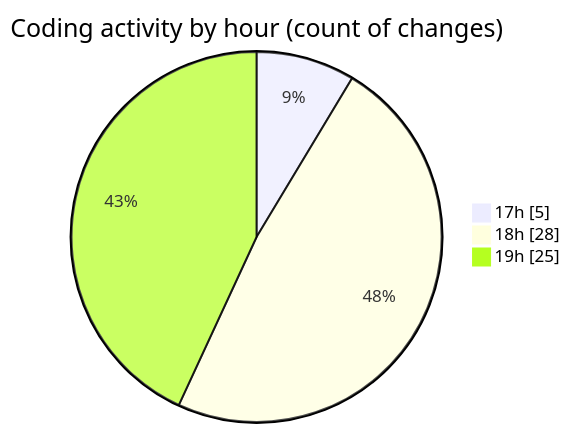
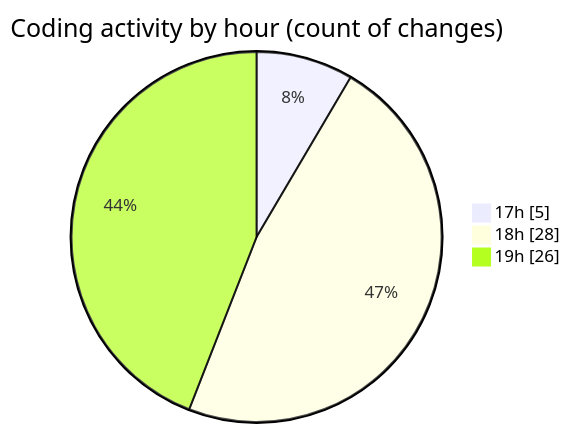
The second of 2 diagrams in 2025-01-01/uber_clone/README.md (donsfak/code-tracking), drawn with Mermaid before and after one commit. The commit also changed other lines of this file and 1 other file, not shown here.

````diff
--- a/2025-01-01/uber_clone/README.md
+++ b/2025-01-01/uber_clone/README.md
@@ -41,7 +41,7 @@
 ```mermaid
 pie showData
 title Coding activity by hour (count of changes)
 "17h" : 5
 "18h" : 28
-"19h" : 25
+"19h" : 26
 ```
````
